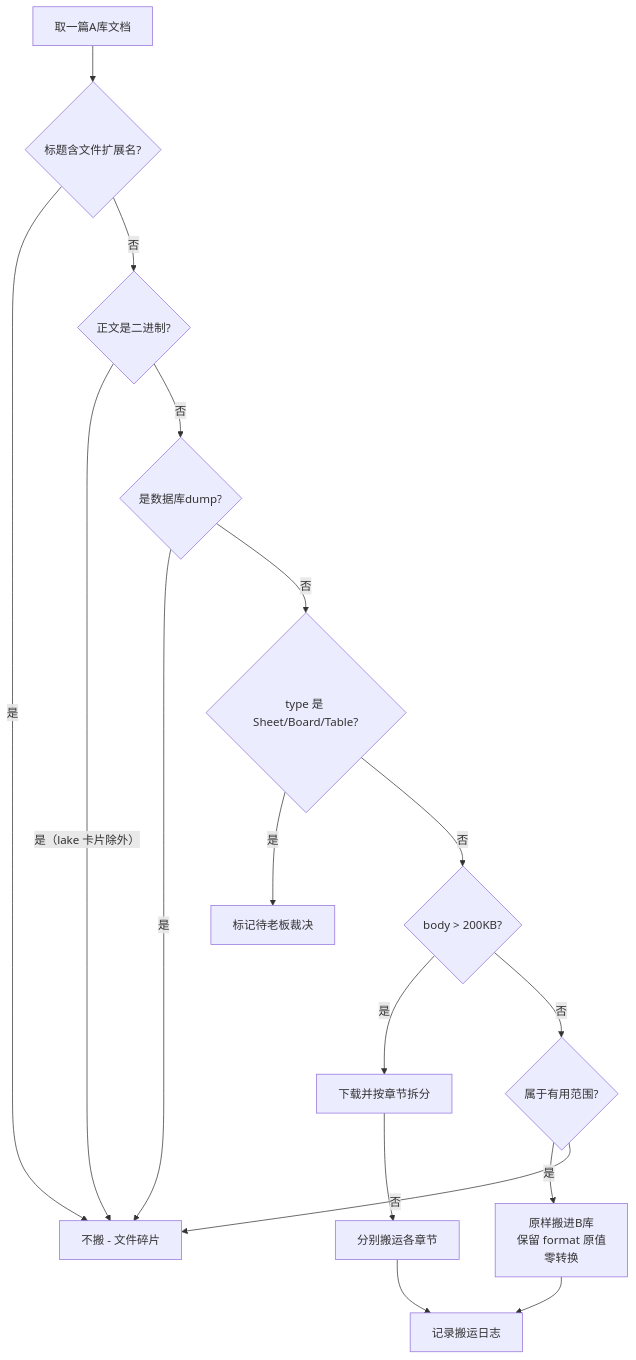
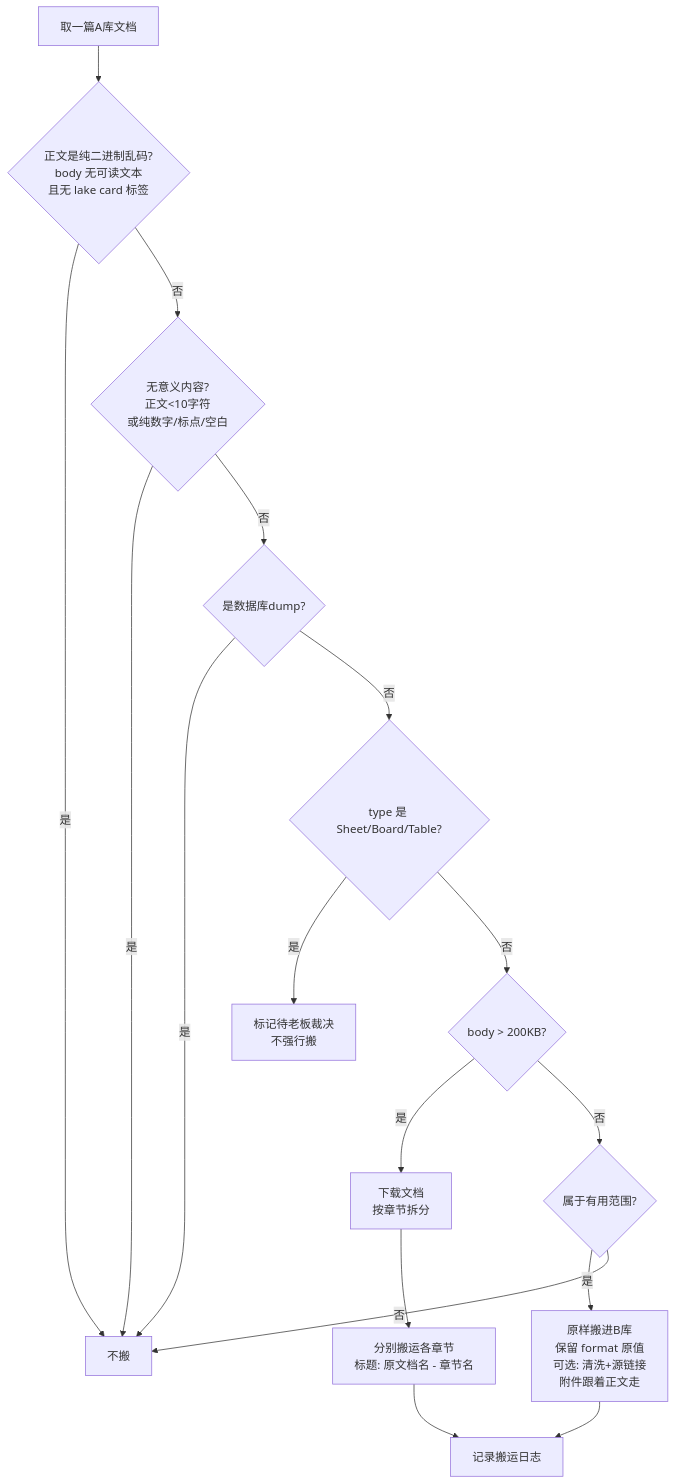
Before and after one commit to yehuoshun/doc-reorg-skill: the diagram in README.md, drawn with Mermaid. The commit also changed other lines of this file and 2 other files, not shown here.

Commit message:
feat: 新增内容清洗+源链接注入+word_count预过滤+报告首插，修正R7阈值50KB

````diff
--- a/README.md
+++ b/README.md
@@ -24,19 +27,19 @@
 ```mermaid
 flowchart TD
-    A[取一篇A库文档] --> S{标题含文件扩展名?}
-    S -- 是 --> X[不搬 - 文件碎片]
-    S -- 否 --> B{正文是二进制?}
-    B -- 是（lake 卡片除外） --> X
-    B -- 否 --> C{是数据库dump?}
+    A[取一篇A库文档] --> B{正文是纯二进制乱码?<br/>body 无可读文本<br/>且无 lake card 标签}
+    B -- 是 --> X[不搬]
+    B -- 否 --> N{无意义内容?<br/>正文<10字符<br/>或纯数字/标点/空白}
+    N -- 是 --> X
+    N -- 否 --> C{是数据库dump?}
     C -- 是 --> X
     C -- 否 --> T{type 是 Sheet/Board/Table?}
-    T -- 是 --> W[标记待老板裁决]
+    T -- 是 --> W[标记待老板裁决<br/>不强行搬]
     T -- 否 --> G{body > 200KB?}
-    G -- 是 --> H[下载并按章节拆分]
-    H --> I[分别搬运各章节]
+    G -- 是 --> H[下载文档<br/>按章节拆分]
+    H --> I[分别搬运各章节<br/>标题: 原文档名 - 章节名]
     G -- 否 --> D{属于有用范围?}
-    D -- 是 --> E[原样搬进B库<br/>保留 format 原值<br/>零转换]
+    D -- 是 --> E[原样搬进B库<br/>保留 format 原值<br/>可选: 清洗+源链接<br/>附件跟着正文走]
     D -- 否 --> X
     E --> F[记录搬运日志]
     I --> F
 ```
````
